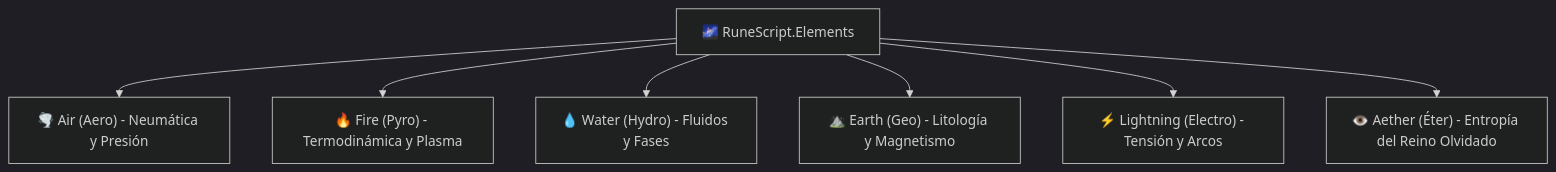
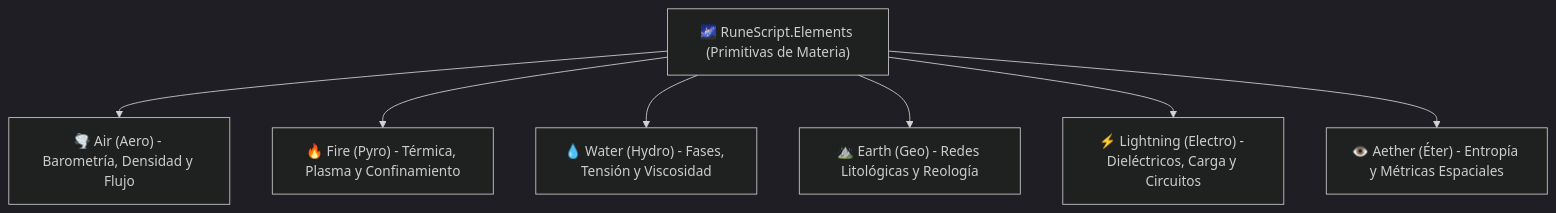
The diagram in Magia_Artificial_FATE/01_Mundo_y_Lore/Compendio de Librerias Elementales SCMEH.md (Gimsper/NeoterraVault), drawn with Mermaid (dark theme) before and after one commit. The commit also changed other lines of this file and 2 other files, not shown here.

First line of the commit message:
refactor(scmeh): rediseño modular por primitivas atómicas de las 6 librerías elementales

````diff
--- a/Magia_Artificial_FATE/01_Mundo_y_Lore/Compendio de Librerias Elementales SCMEH.md
+++ b/Magia_Artificial_FATE/01_Mundo_y_Lore/Compendio de Librerias Elementales SCMEH.md
@@ -36,11 +43,11 @@
 ```mermaid
 flowchart TD
-    ELEM["🌌 RuneScript.Elements"]
+    ELEM["🌌 RuneScript.Elements (Primitivas de Materia)"]
     
-    ELEM --> AERO["🌪️ Air (Aero) - Neumática y Presión"]
-    ELEM --> PYRO["🔥 Fire (Pyro) - Termodinámica y Plasma"]
-    ELEM --> HYDRO["💧 Water (Hydro) - Fluidos y Fases"]
-    ELEM --> GEO["⛰️ Earth (Geo) - Litología y Magnetismo"]
-    ELEM --> ELECTRO["⚡ Lightning (Electro) - Tensión y Arcos"]
-    ELEM --> AETHER["👁️ Aether (Éter) - Entropía del Reino Olvidado"]
+    ELEM --> AERO["🌪️ Air (Aero) - Barometría, Densidad y Flujo"]
+    ELEM --> PYRO["🔥 Fire (Pyro) - Térmica, Plasma y Confinamiento"]
+    ELEM --> HYDRO["💧 Water (Hydro) - Fases, Tensión y Viscosidad"]
+    ELEM --> GEO["⛰️ Earth (Geo) - Redes Litológicas y Reología"]
+    ELEM --> ELECTRO["⚡ Lightning (Electro) - Dieléctricos, Carga y Circuitos"]
+    ELEM --> AETHER["👁️ Aether (Éter) - Entropía y Métricas Espaciales"]
 ```
````
